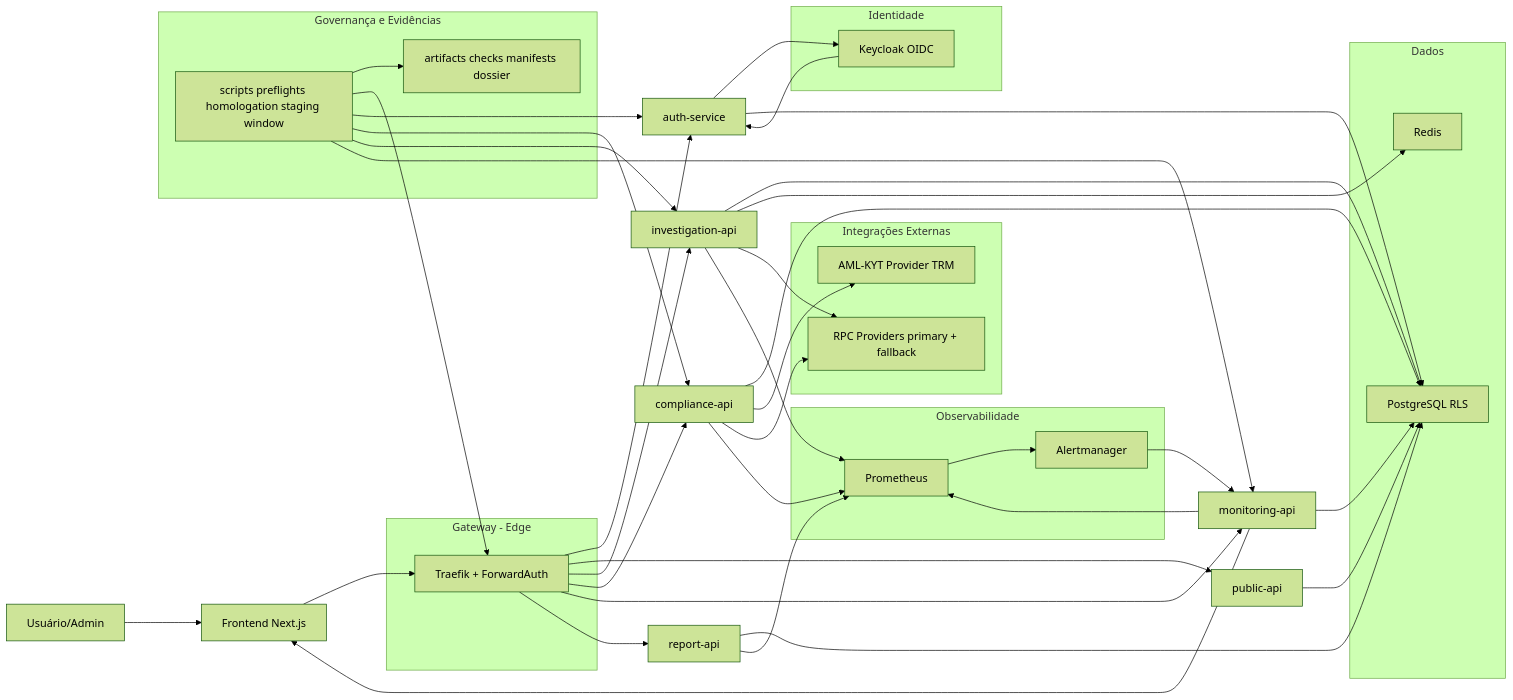
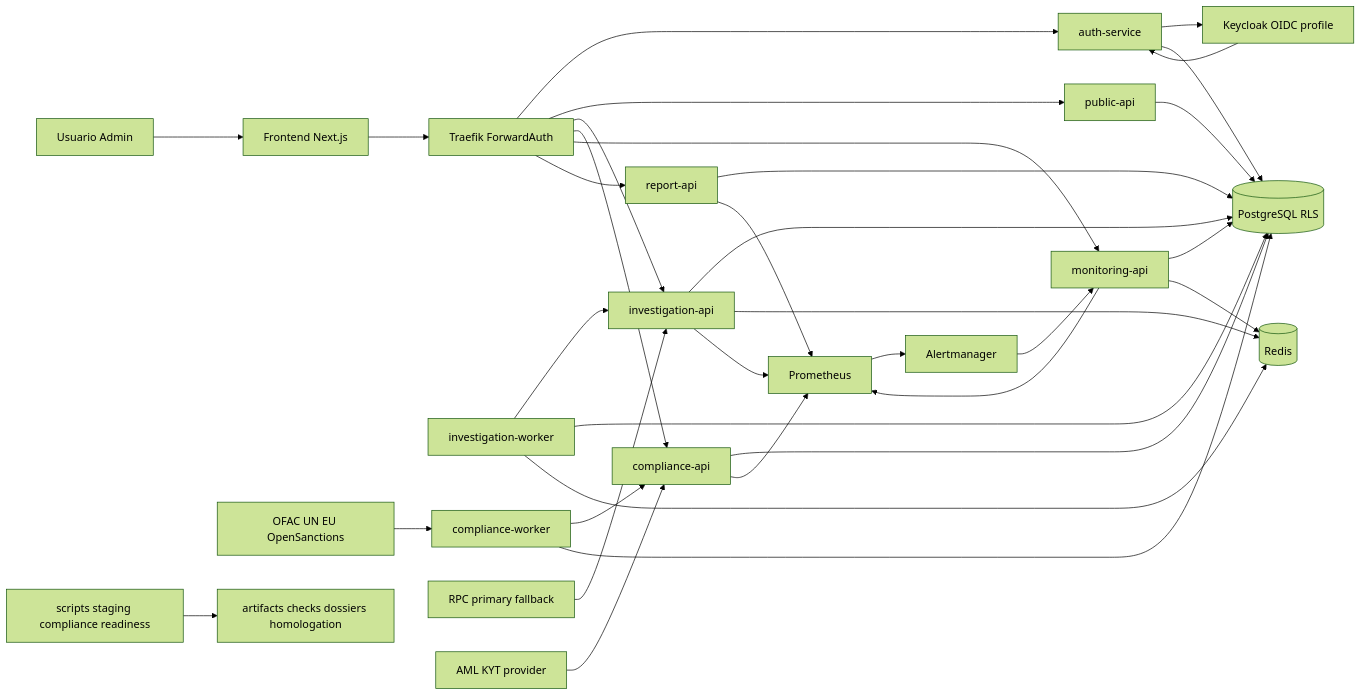
One commit to Jistriane/Ontrackchain changed the first of 2 diagrams in README.md. Above: the diagram before and after it, drawn with Mermaid (forest theme). The commit also changed other lines of this file and 98 other files, not shown here.

Commit message:
feat: harden regulatory staging workflow and sync governance docs

````diff
--- a/README.md
+++ b/README.md
@@ -94,72 +97,46 @@
 ```mermaid
 flowchart LR
-  user[Usuário/Admin] --> ui[Frontend Next.js]
-
-  subgraph edge[Gateway - Edge]
-    traefik[Traefik + ForwardAuth]
-  end
-
-  ui --> traefik
-
-  subgraph identity[Identidade]
-    keycloak[Keycloak OIDC]
-  end
+  user[Usuario Admin] --> frontend[Frontend Next.js]
+  frontend --> traefik[Traefik ForwardAuth]
 
   traefik --> auth[auth-service]
-  auth --> keycloak
-  keycloak --> auth
-
   traefik --> public[public-api]
   traefik --> inv[investigation-api]
   traefik --> comp[compliance-api]
   traefik --> mon[monitoring-api]
   traefik --> rep[report-api]
 
-  subgraph data[Dados]
-    pg[PostgreSQL RLS]
-    redis[Redis]
-  end
+  keycloak[Keycloak OIDC profile] --> auth
+  auth --> keycloak
+
+  invw[investigation-worker] --> inv
+  compw[compliance-worker] --> comp
+
+  pg[(PostgreSQL RLS)]
+  redis[(Redis)]
 
   auth --> pg
   public --> pg
   inv --> pg
+  inv --> redis
+  invw --> pg
+  invw --> redis
   comp --> pg
+  compw --> pg
   mon --> pg
+  mon --> redis
   rep --> pg
 
-  inv --> redis
+  rpc[RPC primary fallback] --> inv
+  trm[AML KYT provider] --> comp
+  feeds[OFAC UN EU OpenSanctions] --> compw
 
-  subgraph external[Integrações Externas]
-    trm[AML-KYT Provider TRM]
-    rpc[RPC Providers primary + fallback]
-  end
+  prom[Prometheus] --> am[Alertmanager]
+  inv --> prom
+  comp --> prom
+  mon --> prom
+  rep --> prom
+  am --> mon
 
-  comp --> trm
-  inv --> rpc
-  comp --> rpc
-
-  subgraph obs[Observabilidade]
-    prom[Prometheus]
-    am[Alertmanager]
-  end
-
-  inv --> prom
-  mon --> prom
-  comp --> prom
-  rep --> prom
-  prom --> am
-  am --> mon
-  mon --> ui
-
-  subgraph governance[Governança e Evidências]
-    scripts[scripts preflights homologation staging window]
-    artifacts[artifacts checks manifests dossier]
-  end
-
-  scripts --> artifacts
-  scripts --> traefik
-  scripts --> auth
-  scripts --> comp
-  scripts --> inv
-  scripts --> mon
+  scripts[scripts staging compliance readiness] --> artifacts[artifacts checks dossiers homologation]
 ```
````
